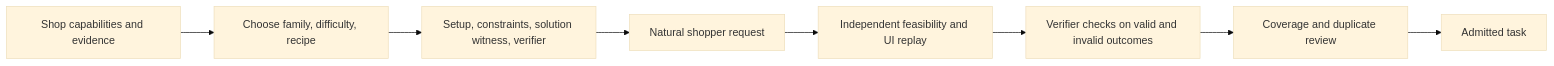
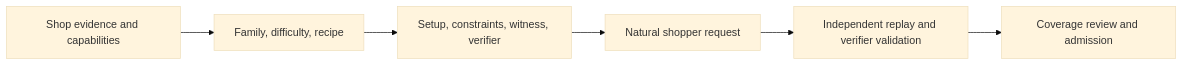
The diagram in docs/specs/shop_guru/task_generation_proposal.md (agentic-foundation-modeling-research/shop-gym), drawn with Mermaid (base theme) before and after one commit. The commit also changed other lines of this file, not shown here.

Commit message:
docs: focus task proposal on ShopGuru limitations and review decisions

````diff
--- a/docs/specs/shop_guru/task_generation_proposal.md
+++ b/docs/specs/shop_guru/task_generation_proposal.md
@@ -233,10 +148,8 @@
 ```mermaid
 flowchart LR
-    A[Shop capabilities and evidence] --> B[Choose family, difficulty, recipe]
-    B --> C[Setup, constraints, solution witness, verifier]
+    A[Shop evidence and capabilities] --> B[Family, difficulty, recipe]
+    B --> C[Setup, constraints, witness, verifier]
     C --> D[Natural shopper request]
-    D --> E[Independent feasibility and UI replay]
-    E --> F[Verifier checks on valid and invalid outcomes]
-    F --> G[Coverage and duplicate review]
-    G --> H[Admitted task]
+    D --> E[Independent replay and verifier validation]
+    E --> F[Coverage review and admission]
 ```
````
